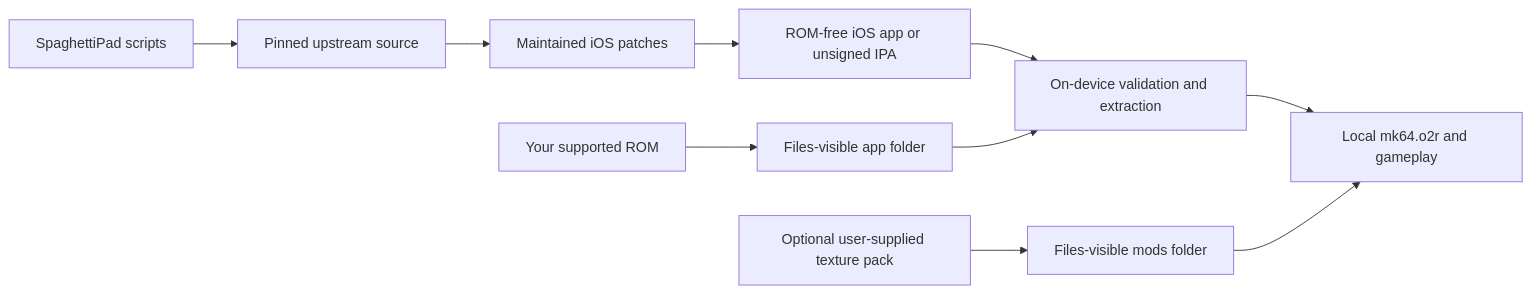
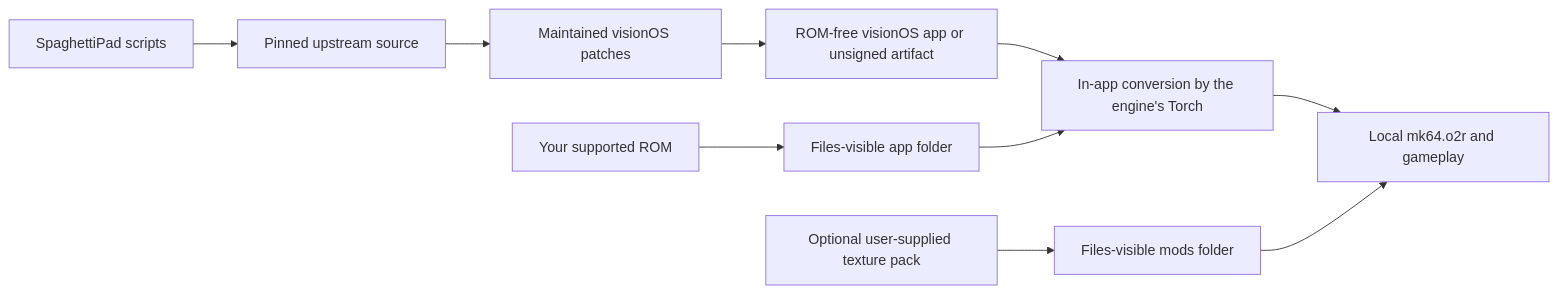
Before and after one commit to subtlepath/spaghetti-xr: the diagram in README.md, drawn with Mermaid. The commit also changed other lines of this file and 20 other files, not shown here.

````diff
--- a/README.md
+++ b/README.md
@@ -374,12 +287,12 @@
 ```mermaid
 flowchart LR
     A["SpaghettiPad scripts"] --> B["Pinned upstream source"]
-    B --> C["Maintained iOS patches"]
-    C --> D["ROM-free iOS app or unsigned IPA"]
+    B --> C["Maintained visionOS patches"]
+    C --> D["ROM-free visionOS app or unsigned artifact"]
     E["Your supported ROM"] --> F["Files-visible app folder"]
-    D --> G["On-device validation and extraction"]
+    D --> G["In-app conversion by the engine's Torch"]
     F --> G
     G --> H["Local mk64.o2r and gameplay"]
     I["Optional user-supplied texture pack"] --> J["Files-visible mods folder"]
     J --> H
 ```
````
